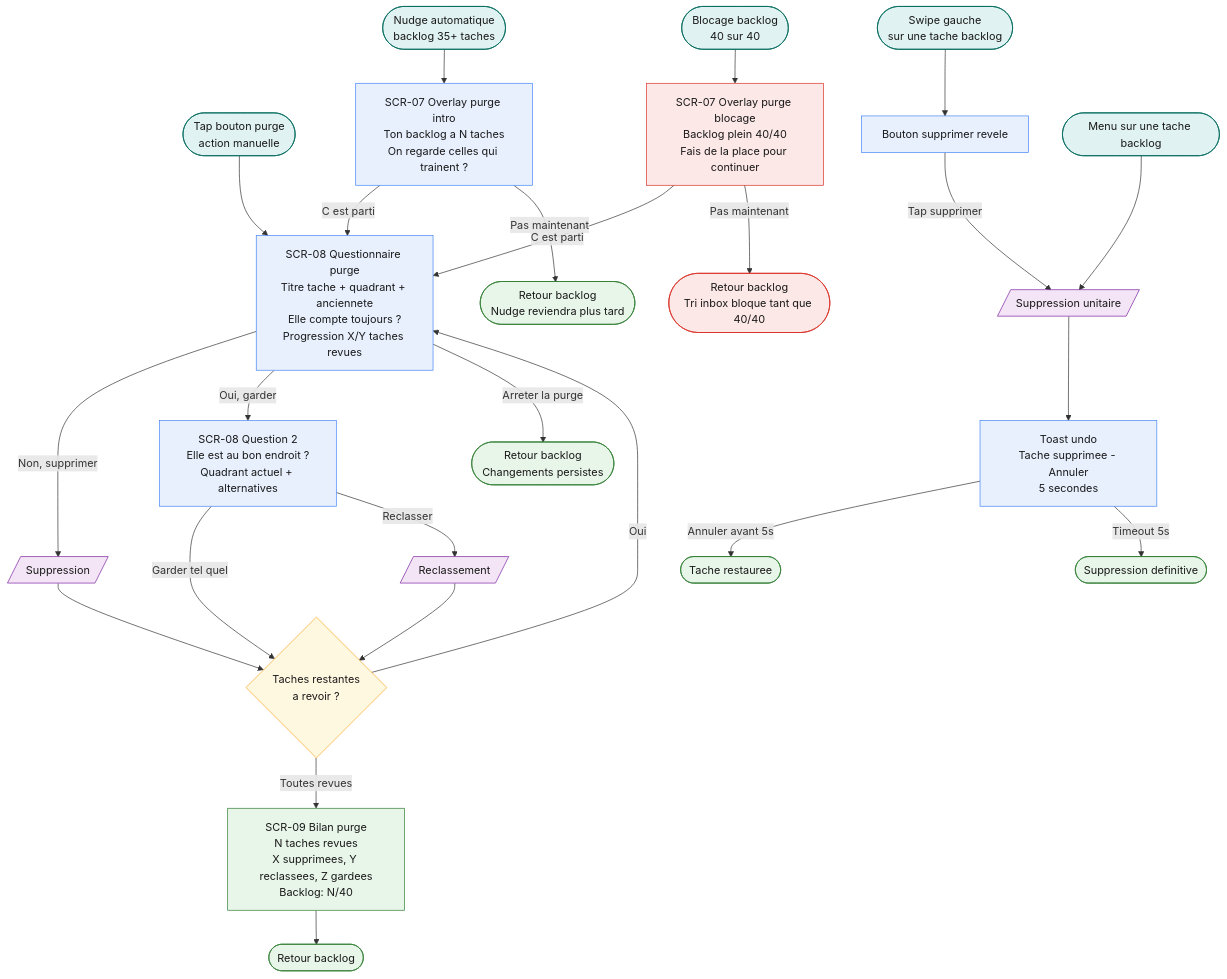
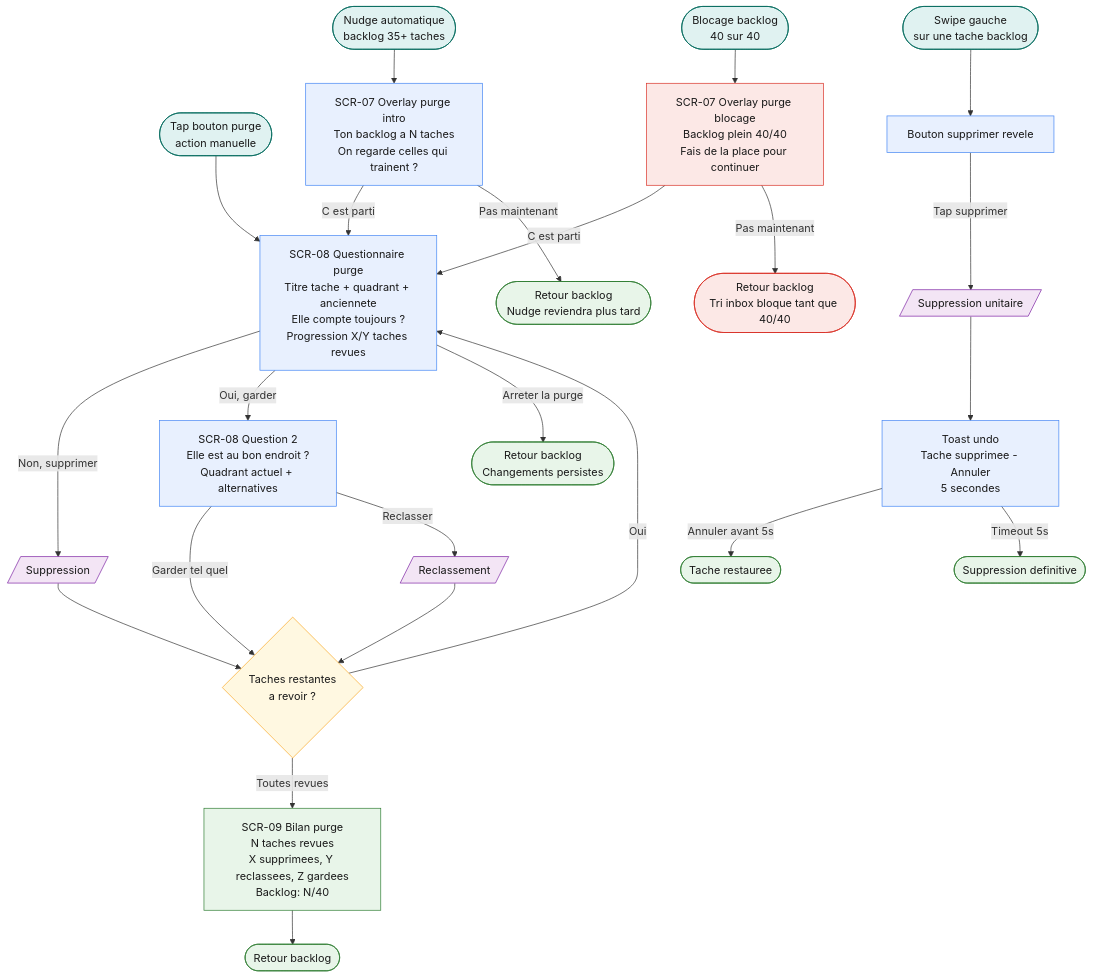
One commit to GB-LD/izh changed the diagram in docs/ux/flows/FLOW-06-purge-backlog.mmd. Above: the diagram before and after it, drawn with Mermaid. The commit also changed 24 other files, not shown here.

```diff
--- a/docs/ux/flows/FLOW-06-purge-backlog.mmd
+++ b/docs/ux/flows/FLOW-06-purge-backlog.mmd
@@ -1,58 +1,56 @@
 flowchart TD
     %% Declencheurs
     TRIG_NUDGE(["Nudge automatique\nbacklog 35+ taches"]):::trigger
     TRIG_BLOCK(["Blocage backlog\n40 sur 40"]):::trigger
     TRIG_MANUAL(["Tap bouton purge\naction manuelle"]):::trigger
 
     TRIG_NUDGE --> SCR07
     TRIG_BLOCK --> SCR07_BLOCK
     TRIG_MANUAL --> SCR08
 
     %% Intro nudge
     SCR07["SCR-07 Overlay purge intro\nTon backlog a N taches\nOn regarde celles qui trainent ?"]:::screen
     SCR07 -->|"C est parti"| SCR08
     SCR07 -->|"Pas maintenant"| DISMISS(["Retour backlog\nNudge reviendra plus tard"]):::success
 
     %% Intro blocage
     SCR07_BLOCK["SCR-07 Overlay purge blocage\nBacklog plein 40/40\nFais de la place pour continuer"]:::error
     SCR07_BLOCK -->|"C est parti"| SCR08
     SCR07_BLOCK -->|"Pas maintenant"| DISMISS_BLOCK(["Retour backlog\nTri inbox bloque tant que 40/40"]):::error
 
     %% Questionnaire tache par tache
     SCR08["SCR-08 Questionnaire purge\nTitre tache + quadrant + anciennete\nElle compte toujours ?\nProgression X/Y taches revues"]:::screen
     SCR08 -->|"Non, supprimer"| DELETE[/"Suppression"/]:::loading
     SCR08 -->|"Oui, garder"| Q2_PURGE
     SCR08 -->|"Arreter la purge"| EARLY_EXIT(["Retour backlog\nChangements persistes"]):::success
 
     Q2_PURGE["SCR-08 Question 2\nElle est au bon endroit ?\nQuadrant actuel + alternatives"]:::screen
     Q2_PURGE -->|"Garder tel quel"| DEC_MORE
     Q2_PURGE -->|"Reclasser"| RECLASS[/"Reclassement"/]:::loading
 
     DELETE --> DEC_MORE
     RECLASS --> DEC_MORE
 
     DEC_MORE{"Taches restantes\na revoir ?"}:::decision
     DEC_MORE -->|"Oui"| SCR08
     DEC_MORE -->|"Toutes revues"| SCR09
 
     %% Bilan
     SCR09["SCR-09 Bilan purge\nN taches revues\nX supprimees, Y reclassees, Z gardees\nBacklog: N/40"]:::success
     SCR09 --> BACK_BL(["Retour backlog"]):::success
 
     %% Purge unitaire hors overlay
     TRIG_UNIT(["Swipe gauche\nsur une tache backlog"]):::trigger
     TRIG_UNIT --> REVEAL_DELETE["Bouton supprimer revele"]:::screen
     REVEAL_DELETE -->|"Tap supprimer"| UNIT_DELETE[/"Suppression unitaire"/]:::loading
-    MENU_UNIT(["Menu sur une tache backlog"]):::trigger
-    MENU_UNIT --> UNIT_DELETE
     UNIT_DELETE --> TOAST["Toast undo\nTache supprimee - Annuler\n5 secondes"]:::screen
     TOAST -->|"Annuler avant 5s"| UNDO(["Tache restauree"]):::success
     TOAST -->|"Timeout 5s"| GONE(["Suppression definitive"]):::success
 
     classDef screen   fill:#e8f0fe,stroke:#4285f4,color:#1a1a1a
     classDef decision fill:#fff8e1,stroke:#f9a825,color:#1a1a1a
     classDef error    fill:#fce8e6,stroke:#d93025,color:#1a1a1a
     classDef success  fill:#e8f5e9,stroke:#2e7d32,color:#1a1a1a
     classDef loading  fill:#f3e5f5,stroke:#7b1fa2,color:#1a1a1a
     classDef empty    fill:#f5f5f5,stroke:#9e9e9e,color:#1a1a1a
     classDef trigger  fill:#e0f2f1,stroke:#00695c,color:#1a1a1a
```
